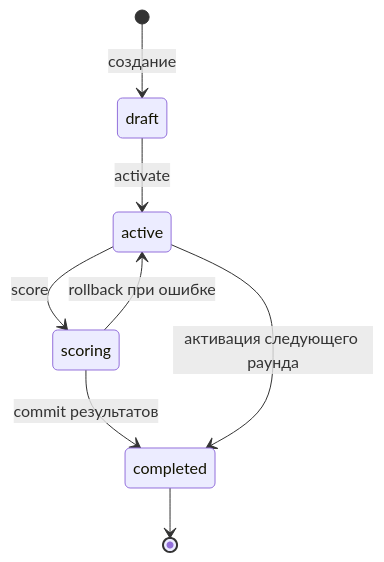
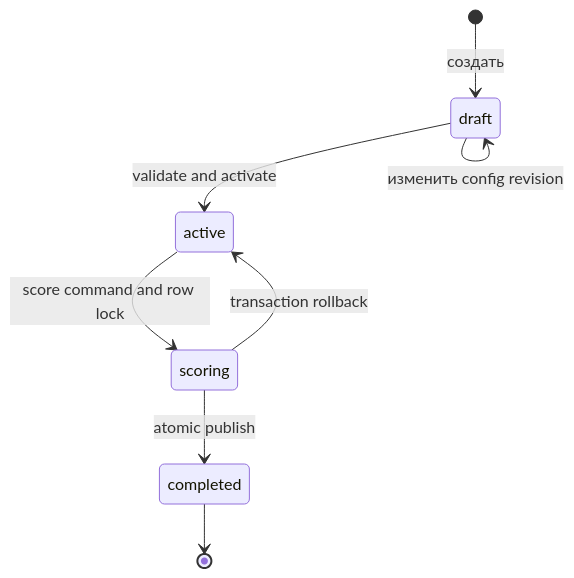
One commit to BigZet/AMLautosim changed the first of 6 diagrams in docs/workshop-flow.md. Above: the diagram before and after it, drawn with Mermaid. The commit also changed other lines of this file and 14 other files, not shown here.

````diff
--- a/docs/workshop-flow.md
+++ b/docs/workshop-flow.md
@@ -12,10 +14,10 @@
 ```mermaid
 stateDiagram-v2
-    [*] --> draft: создание
-    draft --> active: activate
-    active --> scoring: score
-    scoring --> completed: commit результатов
-    scoring --> active: rollback при ошибке
-    active --> completed: активация следующего раунда
+    [*] --> draft: создать
+    draft --> draft: изменить config revision
+    draft --> active: validate and activate
+    active --> scoring: score command and row lock
+    scoring --> completed: atomic publish
+    scoring --> active: transaction rollback
     completed --> [*]
 ```
````
